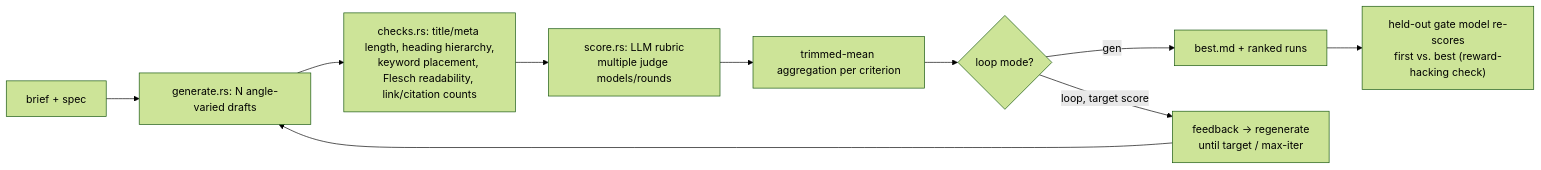
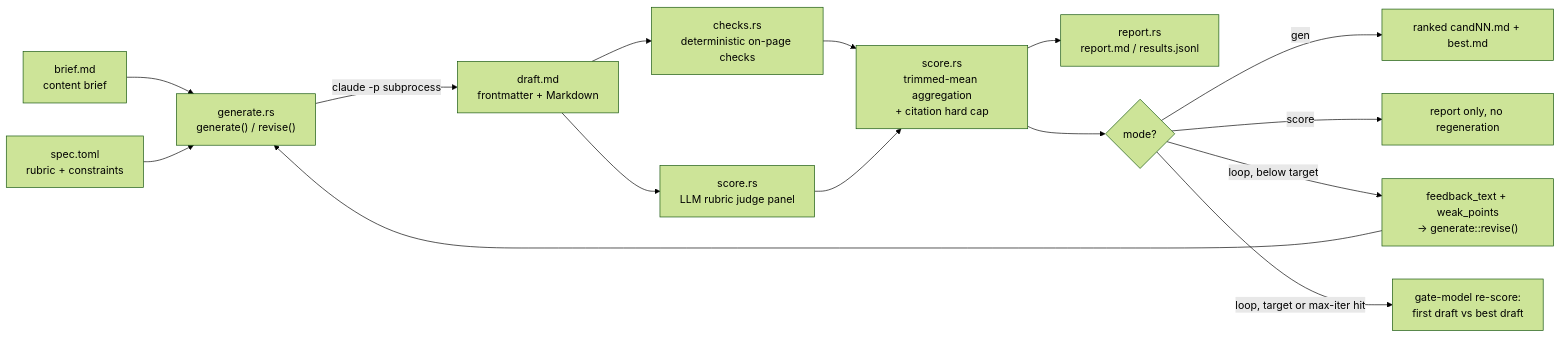
Before and after one commit to Loop-Suite/seo-loop: the first of 6 diagrams in README.md, drawn with Mermaid (forest theme). The commit also changed other lines of this file, not shown here.

First line of the commit message:
Rewrite README with full architecture, CLI, and scoring-pipeline documentation

````diff
--- a/README.md
+++ b/README.md
@@ -16,12 +15,17 @@
 ```mermaid
 flowchart LR
-    A["brief + spec"] --> B["generate.rs: N angle-varied drafts"]
-    B --> C["checks.rs: title/meta length, heading hierarchy,<br/>keyword placement, Flesch readability, link/citation counts"]
-    C --> D["score.rs: LLM rubric<br/>multiple judge models/rounds"]
-    D --> E["trimmed-mean aggregation per criterion"]
-    E --> F{"loop mode?"}
-    F -->|"gen"| G["best.md + ranked runs"]
-    F -->|"loop, target score"| H["feedback → regenerate<br/>until target / max-iter"]
-    H --> B
-    G --> I["held-out gate model re-scores<br/>first vs. best (reward-hacking check)"]
+    Brief["brief.md<br/>content brief"] --> Gen
+    Spec["spec.toml<br/>rubric + constraints"] --> Gen["generate.rs<br/>generate() / revise()"]
+    Gen -- "claude -p subprocess" --> Draft["draft.md<br/>frontmatter + Markdown"]
+    Draft --> Checks["checks.rs<br/>deterministic on-page checks"]
+    Draft --> Judges["score.rs<br/>LLM rubric judge panel"]
+    Checks --> Agg["score.rs<br/>trimmed-mean aggregation<br/>+ citation hard cap"]
+    Judges --> Agg
+    Agg --> Report["report.rs<br/>report.md / results.jsonl"]
+    Agg --> Decision{"mode?"}
+    Decision -- "gen" --> Ranked["ranked candNN.md + best.md"]
+    Decision -- "score" --> ReportOnly["report only, no regeneration"]
+    Decision -- "loop, below target" --> Feedback["feedback_text + weak_points<br/>-> generate::revise()"]
+    Feedback --> Gen
+    Decision -- "loop, target or max-iter hit" --> Gate["gate-model re-score:<br/>first draft vs best draft"]
 ```
````
